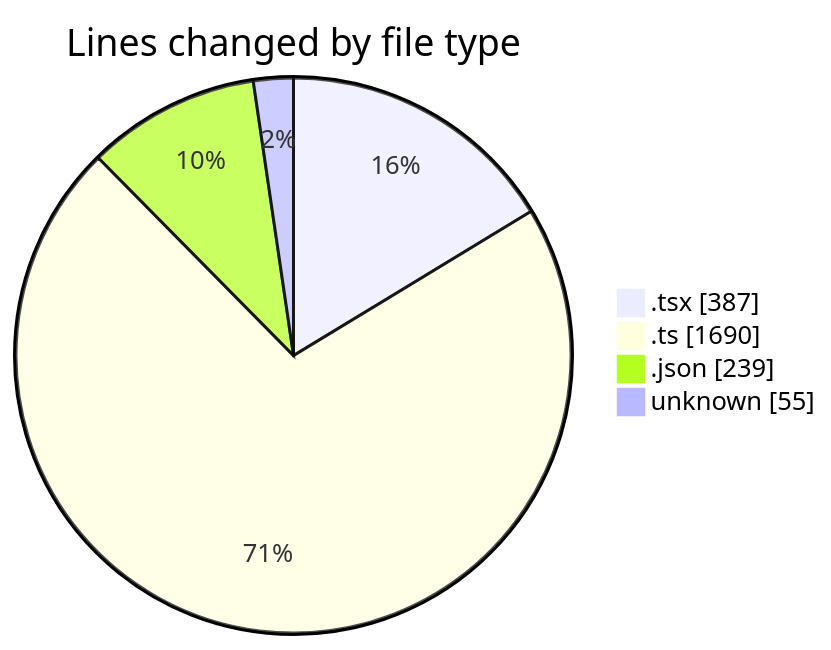
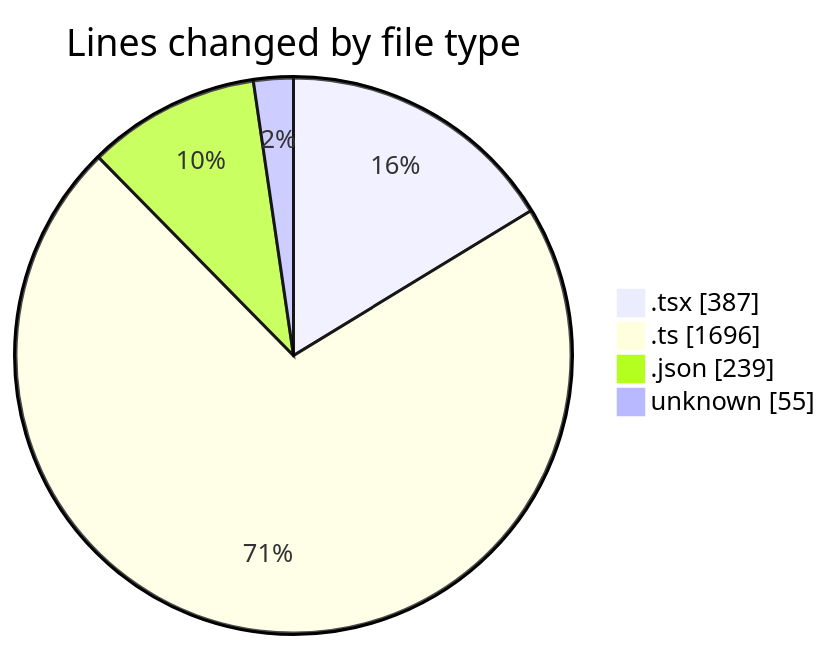
The first of 2 diagrams in 2025-10-21/cda/README.md (momahboobian/code-tracking), drawn with Mermaid before and after one commit. The commit also changed other lines of this file and 1 other file, not shown here.

````diff
--- a/2025-10-21/cda/README.md
+++ b/2025-10-21/cda/README.md
@@ -32,8 +32,8 @@
 ```mermaid
 pie showData
 title Lines changed by file type
 ".tsx" : 387
-".ts" : 1690
+".ts" : 1696
 ".json" : 239
 "unknown" : 55
 ```
````
